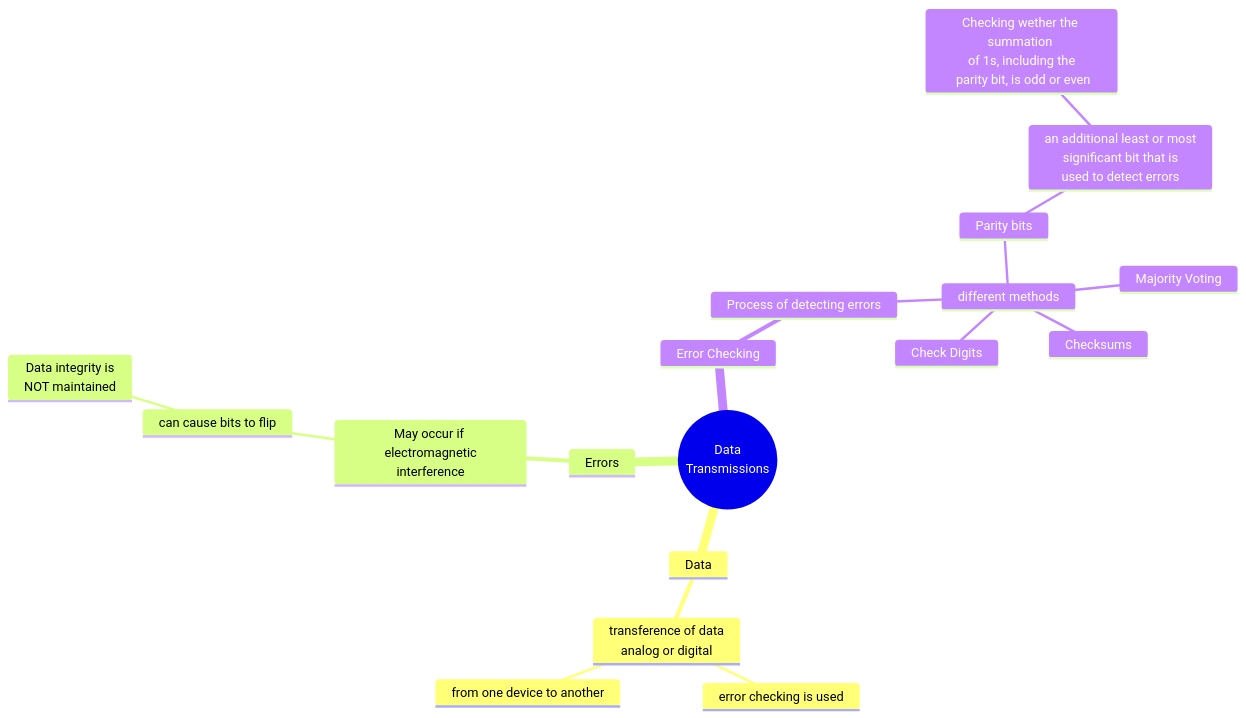
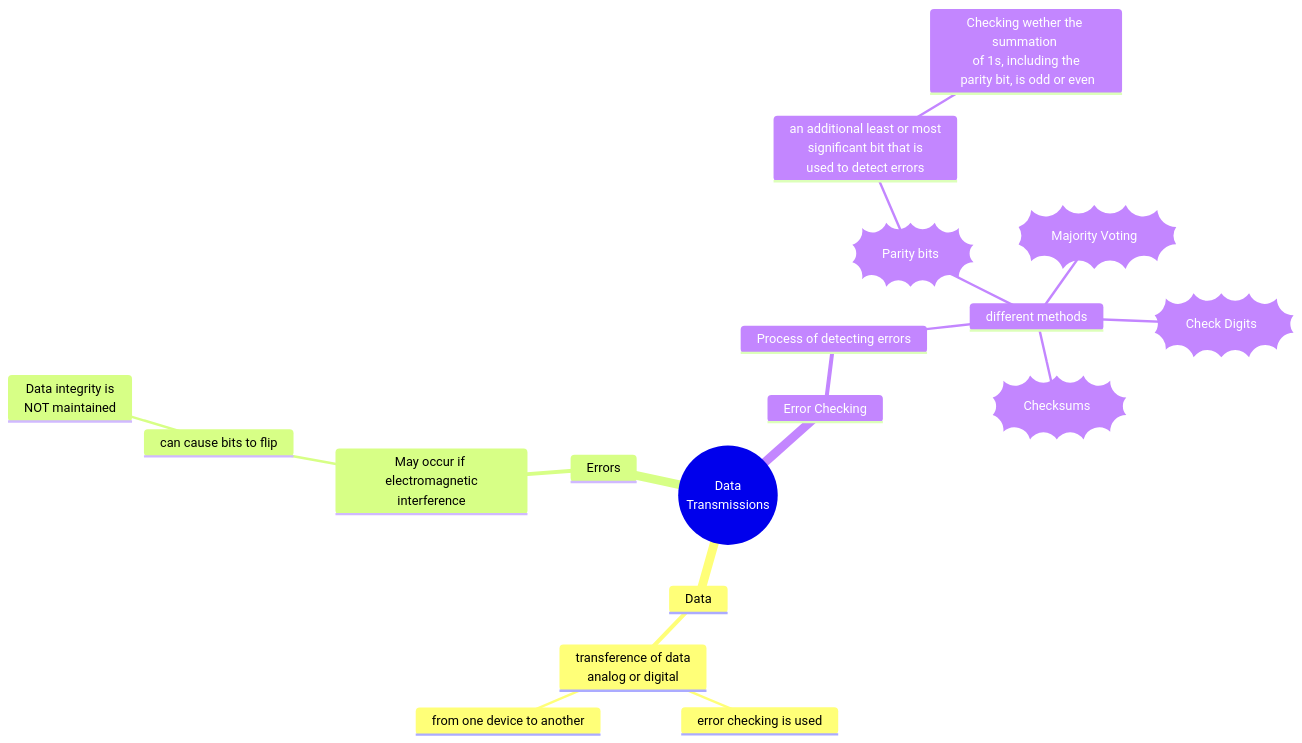
One commit to Marius-PA/ComputerScienceNotes changed the third of 3 diagrams in 2023_Notes/week06-12_november/ascii_and_unicode.md. Above: the diagram before and after it, drawn with Mermaid.

````diff
--- a/2023_Notes/week06-12_november/ascii_and_unicode.md
+++ b/2023_Notes/week06-12_november/ascii_and_unicode.md
@@ -46,22 +46,22 @@
 ```mermaid
 mindmap
   root((Data <br >Transmissions))
     Data
         transference of data <br> analog or digital
             error checking is used
             from one device to another
     Errors
         May occur if <br> electromagnetic interference
             can cause bits to flip
                 Data integrity is <br> NOT maintained
     Error Checking
         Process of detecting errors
             different methods
-                Parity bits
+                ))Parity bits((
                     an additional least or most <br> significant bit that is <br> used to detect errors
                         Checking wether the summation <br> of 1s, including the <br> parity bit, is odd or even
-                Majority Voting
-                Checksums
-                Check Digits
+                ))Majority Voting((
+                ))Checksums((
+                ))Check Digits((
 
 ```
````
